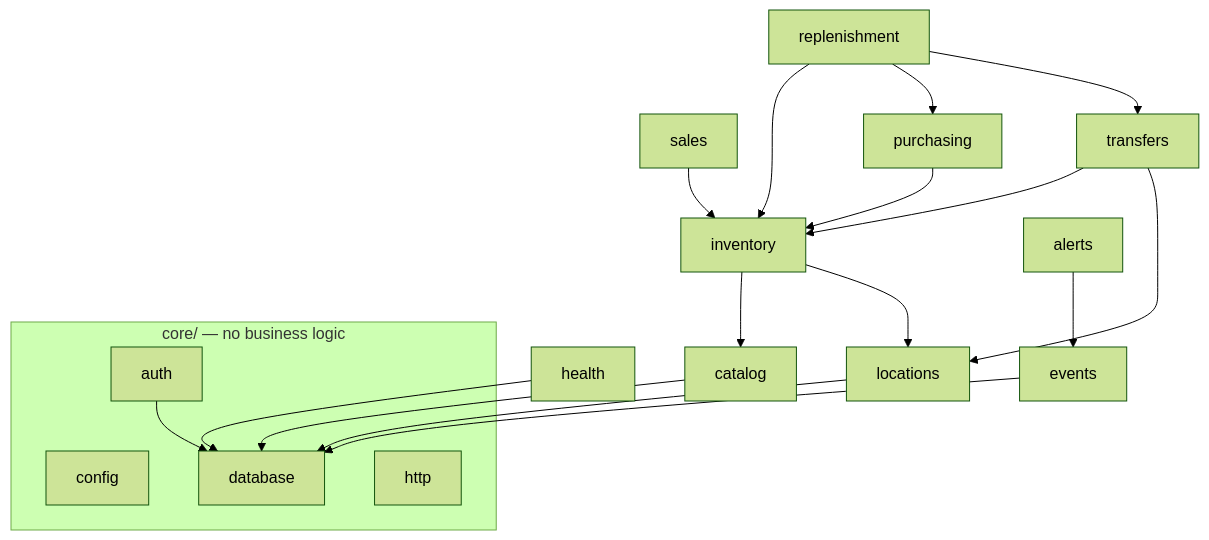
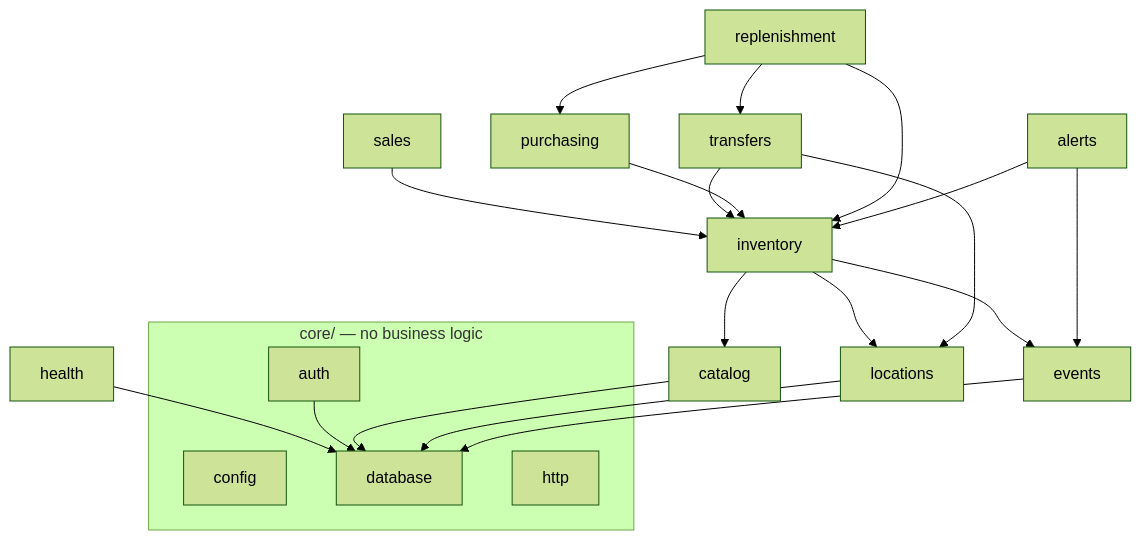
One commit to Hirockpaul/RetailPulse changed the second of 6 diagrams in docs/ARCHITECTURE.md. Above: the diagram before and after it, drawn with Mermaid (forest theme). The commit also changed other lines of this file and 41 other files, not shown here.

````diff
--- a/docs/ARCHITECTURE.md
+++ b/docs/ARCHITECTURE.md
@@ -69,17 +69,17 @@
 ```mermaid
 flowchart TB
   subgraph core[core/ — no business logic]
     config & database & http & auth
   end
   health --> database
   auth --> database
   catalog --> database
   locations --> database
-  inventory --> catalog & locations
+  inventory --> catalog & locations & events
   sales --> inventory
   transfers --> inventory & locations
   purchasing --> inventory
   replenishment --> inventory & purchasing & transfers
   events --> database
-  alerts --> events
+  alerts --> events & inventory
 ```
````
